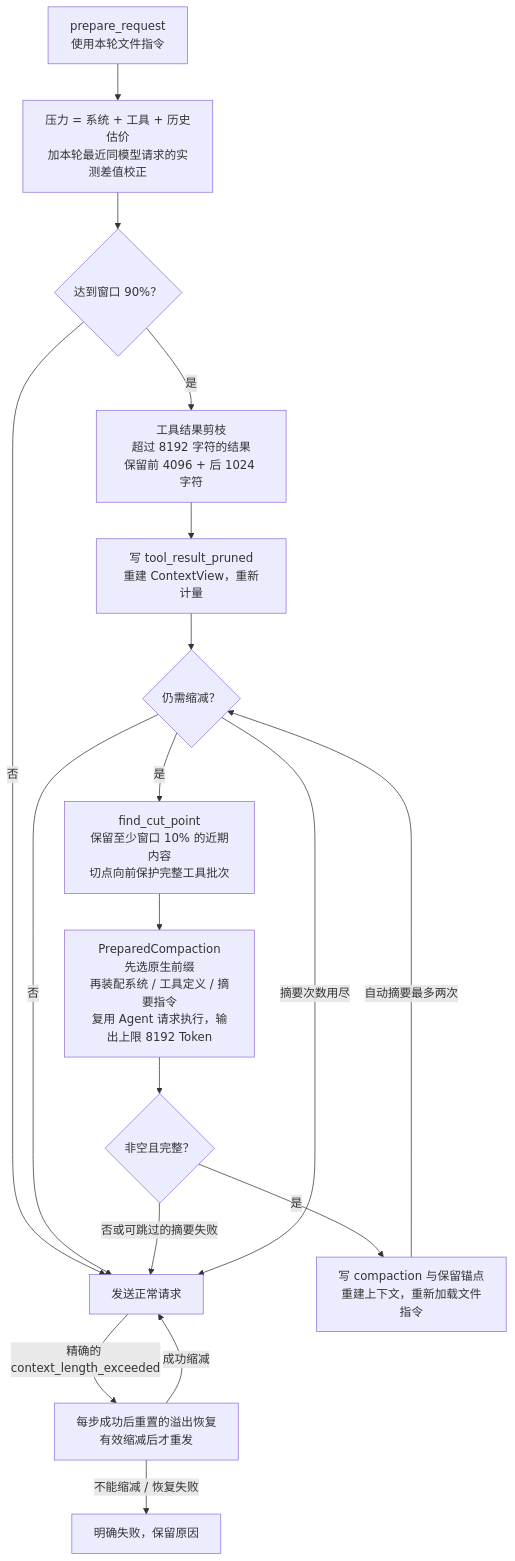
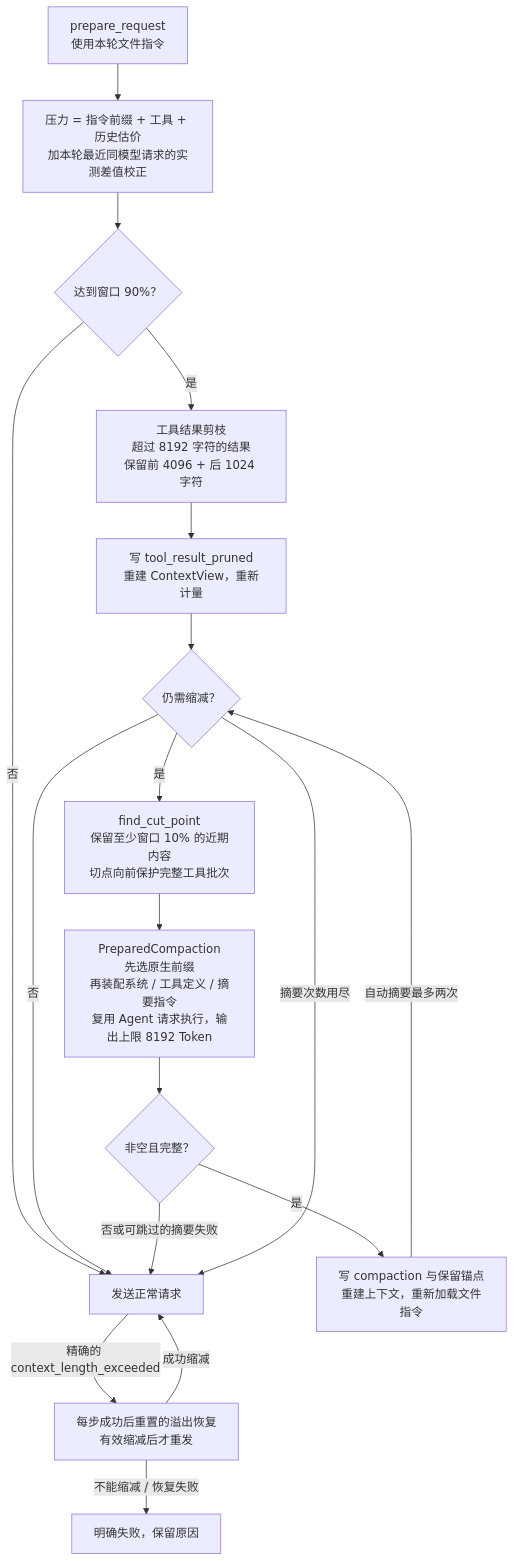
One commit to qjcnmd/singularity-agent changed diagram 23 of 29 in docs/architecture.md. Above: the diagram before and after it, drawn with Mermaid. The commit also changed other lines of this file and 16 other files, not shown here.

````diff
--- a/docs/architecture.md
+++ b/docs/architecture.md
@@ -630,20 +633,20 @@
 ```mermaid
 flowchart TB
-    Start["prepare_request<br/>使用本轮文件指令"] --> Estimate["压力 = 系统 + 工具 + 历史估价<br/>加本轮最近同模型请求的实测差值校正"]
+    Start["prepare_request<br/>使用本轮文件指令"] --> Estimate["压力 = 指令前缀 + 工具 + 历史估价<br/>加本轮最近同模型请求的实测差值校正"]
     Estimate --> Pressure{"达到窗口 90%？"}
     Pressure -->|"否"| Send["发送正常请求"]
     Pressure -->|"是"| Prune["工具结果剪枝<br/>超过 8192 字符的结果<br/>保留前 4096 + 后 1024 字符"]
     Prune --> Measure["写 tool_result_pruned<br/>重建 ContextView，重新计量"]
     Measure --> Need{"仍需缩减？"}
     Need -->|"否"| Send
     Need -->|"是"| Cut["find_cut_point<br/>保留至少窗口 10% 的近期内容<br/>切点向前保护完整工具批次"]
     Cut --> Summary["PreparedCompaction<br/>先选原生前缀<br/>再装配系统 / 工具定义 / 摘要指令<br/>复用 Agent 请求执行，输出上限 8192 Token"]
     Summary --> Valid{"非空且完整？"}
     Valid -->|"是"| Commit["写 compaction 与保留锚点<br/>重建上下文，重新加载文件指令"]
     Commit -->|"自动摘要最多两次"| Need
     Valid -->|"否或可跳过的摘要失败"| Send
     Need -->|"摘要次数用尽"| Send
     Send -->|"精确的 context_length_exceeded"| Forced["每步成功后重置的溢出恢复<br/>有效缩减后才重发"]
     Forced -->|"成功缩减"| Send
     Forced -->|"不能缩减 / 恢复失败"| Error["明确失败，保留原因"]
 ```
````
